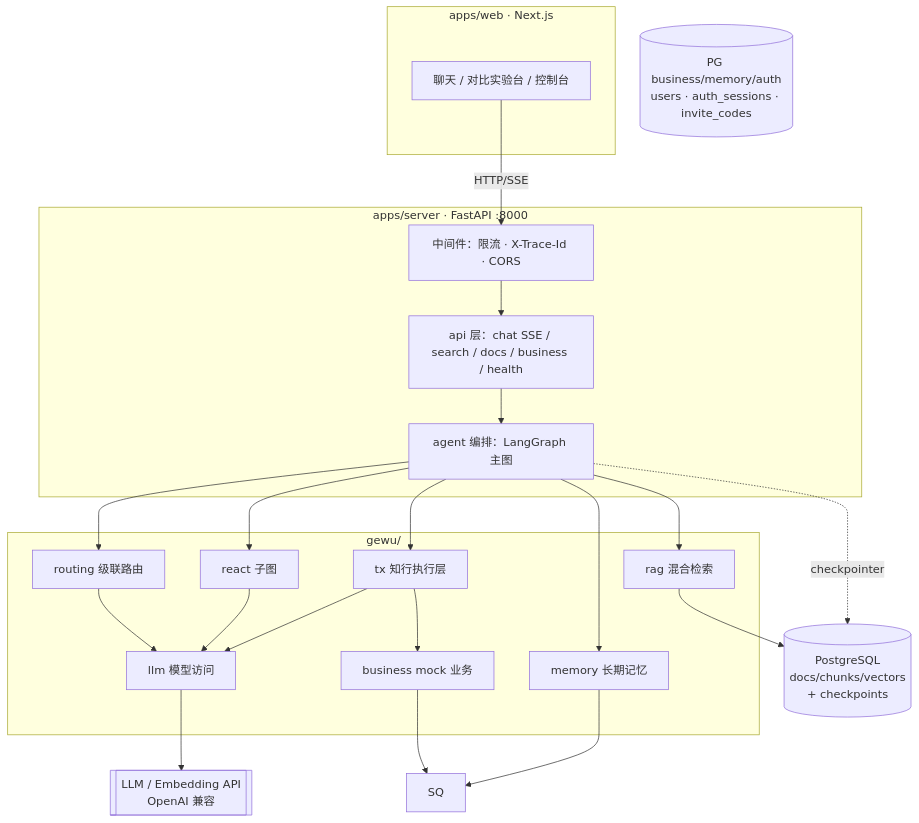
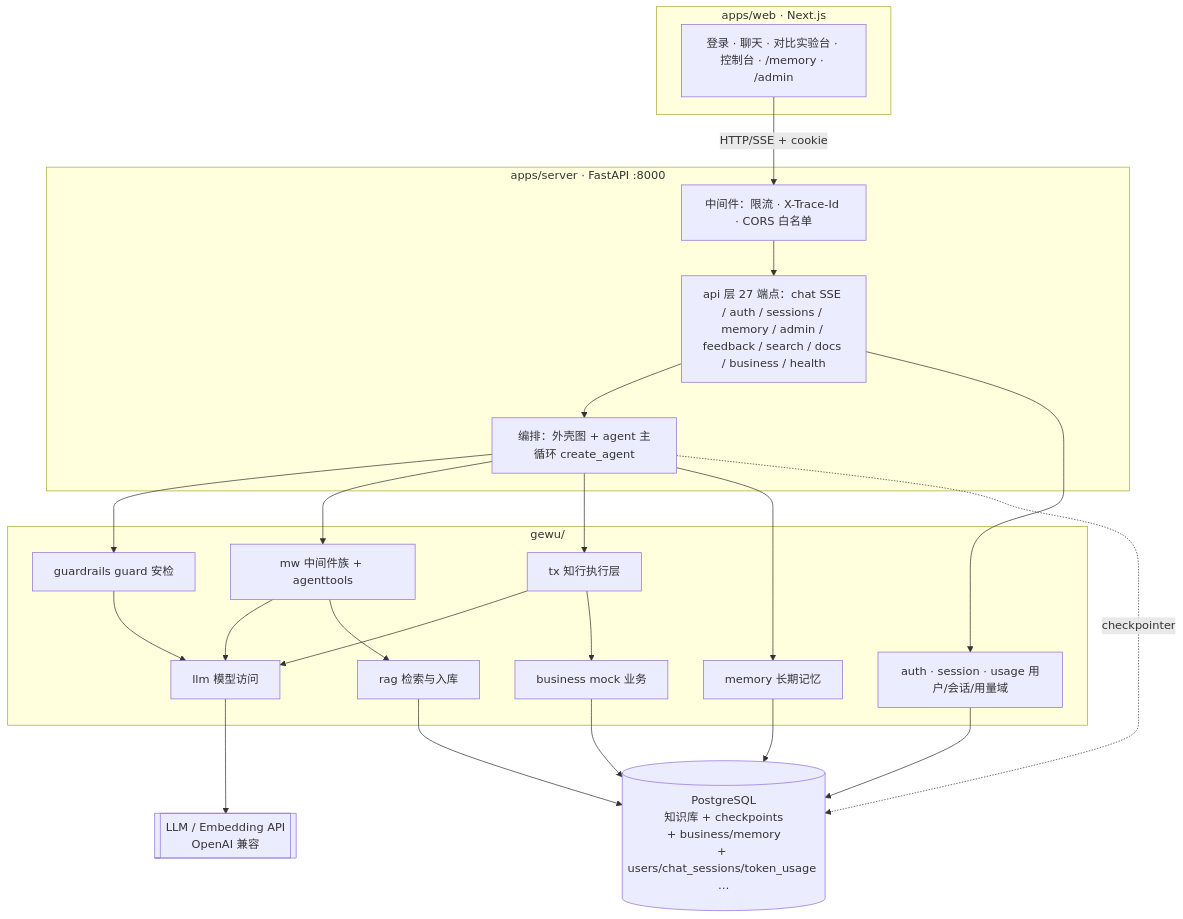
One commit to Thekshy/gewu changed the diagram in docs/architecture/01-overview.md. Above: the diagram before and after it, drawn with Mermaid. The commit also changed other lines of this file and 11 other files, not shown here.

First line of the commit message:
docs(architecture): 编号系列对齐现状（agent-first/P21~P25 域补全）

````diff
--- a/docs/architecture/01-overview.md
+++ b/docs/architecture/01-overview.md
@@ -45,31 +47,34 @@
 ```mermaid
 flowchart TB
     subgraph Web[apps/web · Next.js]
-        UI[聊天 / 对比实验台 / 控制台]
+        UI[登录 · 聊天 · 对比实验台 · 控制台 · /memory · /admin]
     end
     subgraph Server[apps/server · FastAPI :8000]
-        MW[中间件：限流 · X-Trace-Id · CORS]
-        API[api 层：chat SSE / search / docs / business / health]
-        GRAPH[agent 编排：LangGraph 主图]
+        MW[中间件：限流 · X-Trace-Id · CORS 白名单]
+        API[api 层 27 端点：chat SSE / auth / sessions / memory / admin / feedback / search / docs / business / health]
+        GRAPH[编排：外壳图 + agent 主循环 create_agent]
     end
     subgraph Domains[gewu/]
-        ROUTE[routing 级联路由]
-        RAG[rag 混合检索]
-        REACT[react 子图]
+        GUARD[guardrails guard 安检]
+        RAG[rag 检索与入库]
+        AGT[mw 中间件族 + agenttools]
         TX[tx 知行执行层]
         LLM[llm 模型访问]
         BIZ[business mock 业务]
         MEM[memory 长期记忆]
+        AUTH[auth · session · usage 用户/会话/用量域]
     end
-    PG[(PostgreSQL<br/>docs/chunks/vectors<br/>+ checkpoints)]
-    PG2[(PG business/memory/auth<br/>users · auth_sessions · invite_codes)]
+    PG[(PostgreSQL<br/>知识库 + checkpoints<br/>+ business/memory<br/>+ users/chat_sessions/token_usage …)]
     EXT[[LLM / Embedding API<br/>OpenAI 兼容]]
 
-    UI -->|HTTP/SSE| MW --> API --> GRAPH
-    GRAPH --> ROUTE & REACT & TX & MEM
-    ROUTE & REACT & TX --> LLM --> EXT
-    GRAPH --> RAG --> PG
+    UI -->|HTTP/SSE + cookie| MW --> API --> GRAPH
+    GRAPH --> GUARD & AGT & TX & MEM
+    GUARD & AGT & TX --> LLM --> EXT
+    AGT --> RAG
+    RAG --> PG
     GRAPH -.checkpointer.-> PG
-    TX --> BIZ --> SQ
-    MEM --> SQ
+    TX --> BIZ --> PG
+    MEM --> PG
+    AUTH --> PG
+    API --> AUTH
 ```
````
